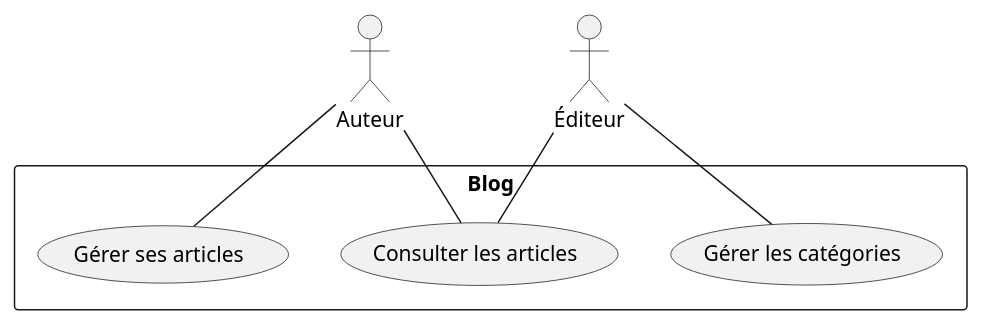
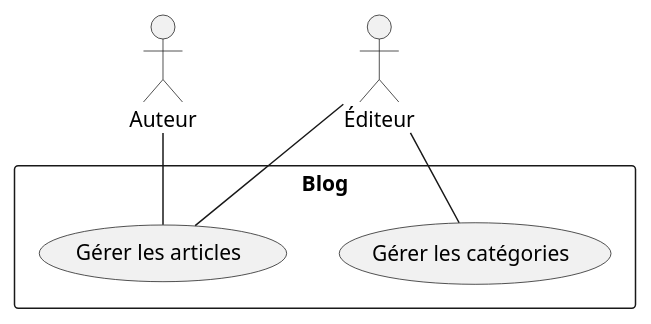
Before and after one commit to labs-web/projet-technique: the first of 3 diagrams in .agent/skills/analyste-uml/resources/spec-cas-utilisation.md, drawn with PlantUML. The commit also changed other lines of this file and 1 other file, not shown here.

````diff
--- a/.agent/skills/analyste-uml/resources/spec-cas-utilisation.md
+++ b/.agent/skills/analyste-uml/resources/spec-cas-utilisation.md
@@ -149,13 +67,16 @@
 ```puml
 actor "Auteur" as Author
 actor "Éditeur" as Editor
+
 rectangle "Blog" {
-  usecase "Gérer ses articles" as UC1
-  usecase "Gérer les catégories" as UC2
-  usecase "Consulter les articles" as UC3
+  usecase "Gérer les articles" as UC_Manage_Articles
+  usecase "Gérer les catégories" as UC_Manage_Cats
 }
-Author -- UC1
-Author -- UC3
-Editor -- UC2
-Editor -- UC3
+
+' L'auteur peut gérer (ses) articles
+Author -- UC_Manage_Articles
+
+' L'éditeur peut gérer (tous) les articles et les catégories
+Editor -- UC_Manage_Articles
+Editor -- UC_Manage_Cats
 ```
````
